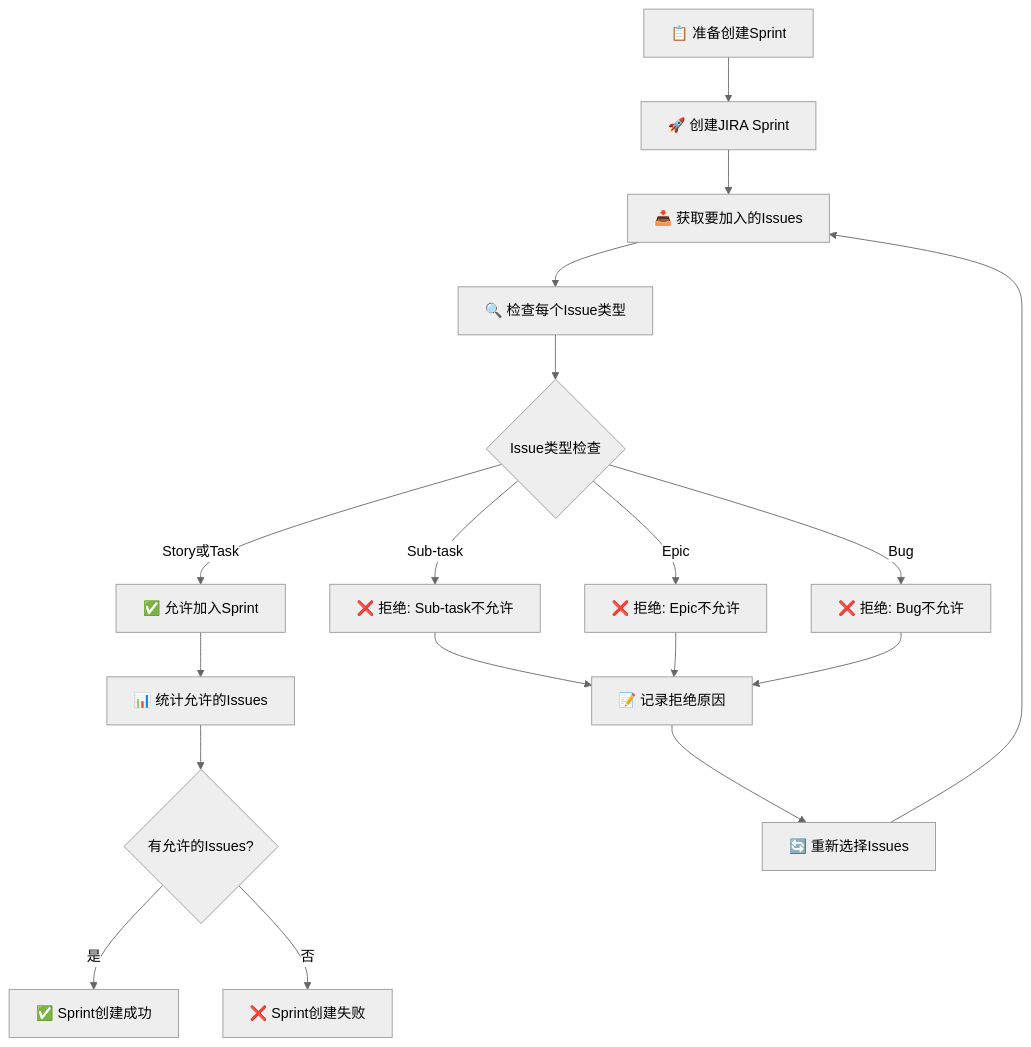
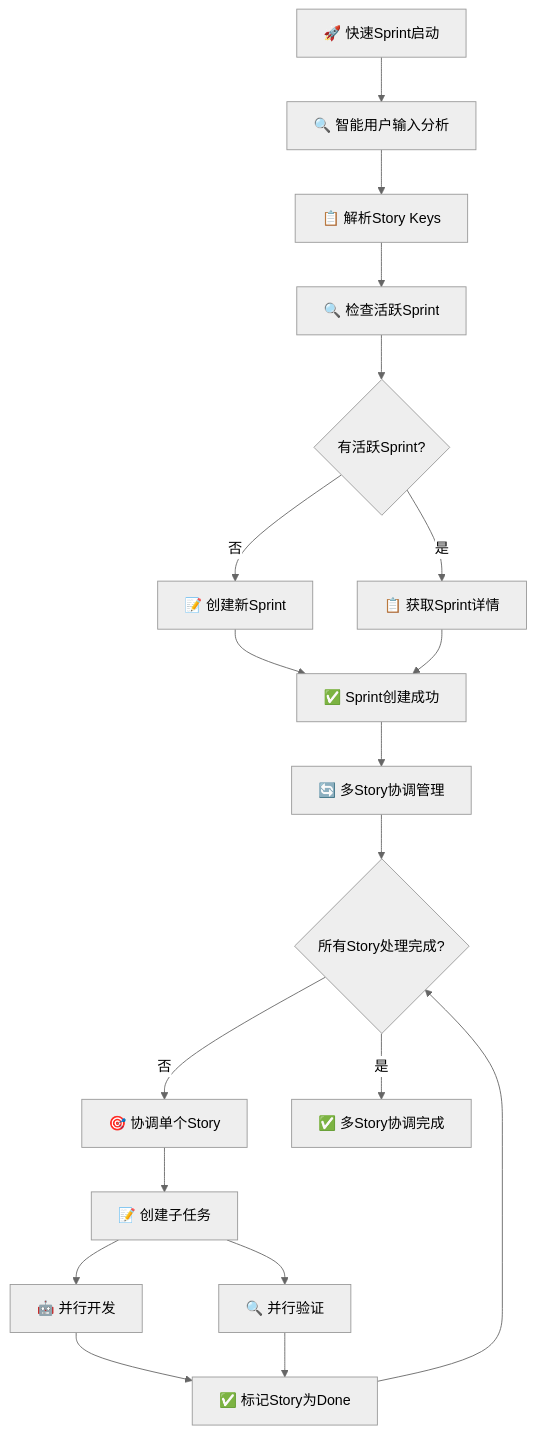
Before and after one commit to ouyangshixiong/context-engineering-zh: the sixth of 11 diagrams in plugins/agile-marketplace/sprint-plugin/commands/快速sprint.md, drawn with Mermaid (neutral theme). The commit also changed other lines of this file and 7 other files, not shown here.

````diff
--- a/plugins/agile-marketplace/sprint-plugin/commands/快速sprint.md
+++ b/plugins/agile-marketplace/sprint-plugin/commands/快速sprint.md
@@ -205,20 +215,21 @@
 ```mermaid
 flowchart TD
-    A[📋 准备创建Sprint] --> B[🚀 创建JIRA Sprint]
-    B --> C[📥 获取要加入的Issues]
-    C --> D[🔍 检查每个Issue类型]
-    D --> E{Issue类型检查}
-    E -->|Story或Task| F[✅ 允许加入Sprint]
-    E -->|Sub-task| G[❌ 拒绝: Sub-task不允许]
-    E -->|Epic| H[❌ 拒绝: Epic不允许]
-    E -->|Bug| I[❌ 拒绝: Bug不允许]
-    F --> J[📊 统计允许的Issues]
-    J --> K{有允许的Issues?}
-    K -->|是| L[✅ Sprint创建成功]
-    K -->|否| M[❌ Sprint创建失败]
-    G --> N[📝 记录拒绝原因]
-    H --> N
-    I --> N
-    N --> O[🔄 重新选择Issues]
-    O --> C
+    A[🚀 快速Sprint启动] --> B[🔍 智能用户输入分析]
+    B --> C[📋 解析Story Keys]
+    C --> D[🔍 检查活跃Sprint]
+    D --> E{有活跃Sprint?}
+    E -->|否| F[📝 创建新Sprint]
+    E -->|是| G[📋 获取Sprint详情]
+    F --> H[✅ Sprint创建成功]
+    G --> H
+    H --> I[🔄 多Story协调管理]
+    I --> J{所有Story处理完成?}
+    J -->|否| K[🎯 协调单个Story]
+    K --> L[📝 创建子任务]
+    L --> M[🤖 并行开发]
+    L --> N[🔍 并行验证]
+    M --> O[✅ 标记Story为Done]
+    N --> O
+    O --> J
+    J -->|是| P[✅ 多Story协调完成]
 ```
````
